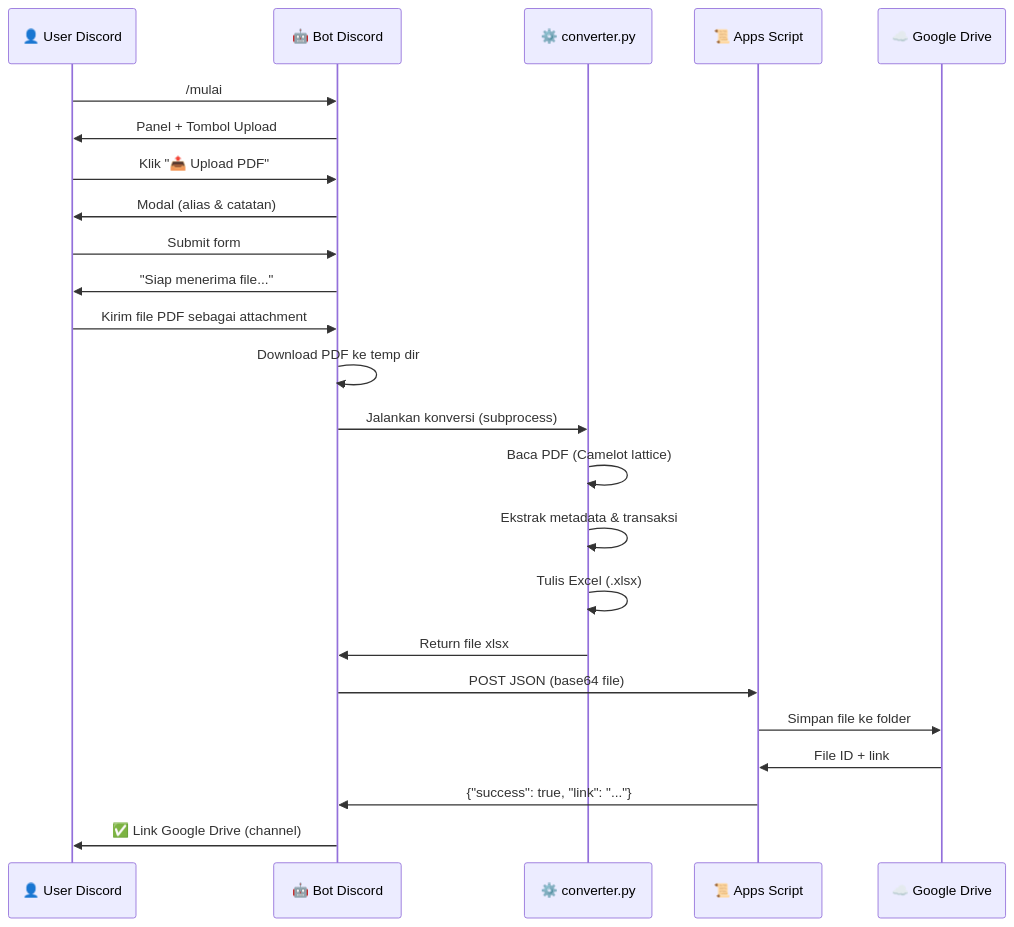
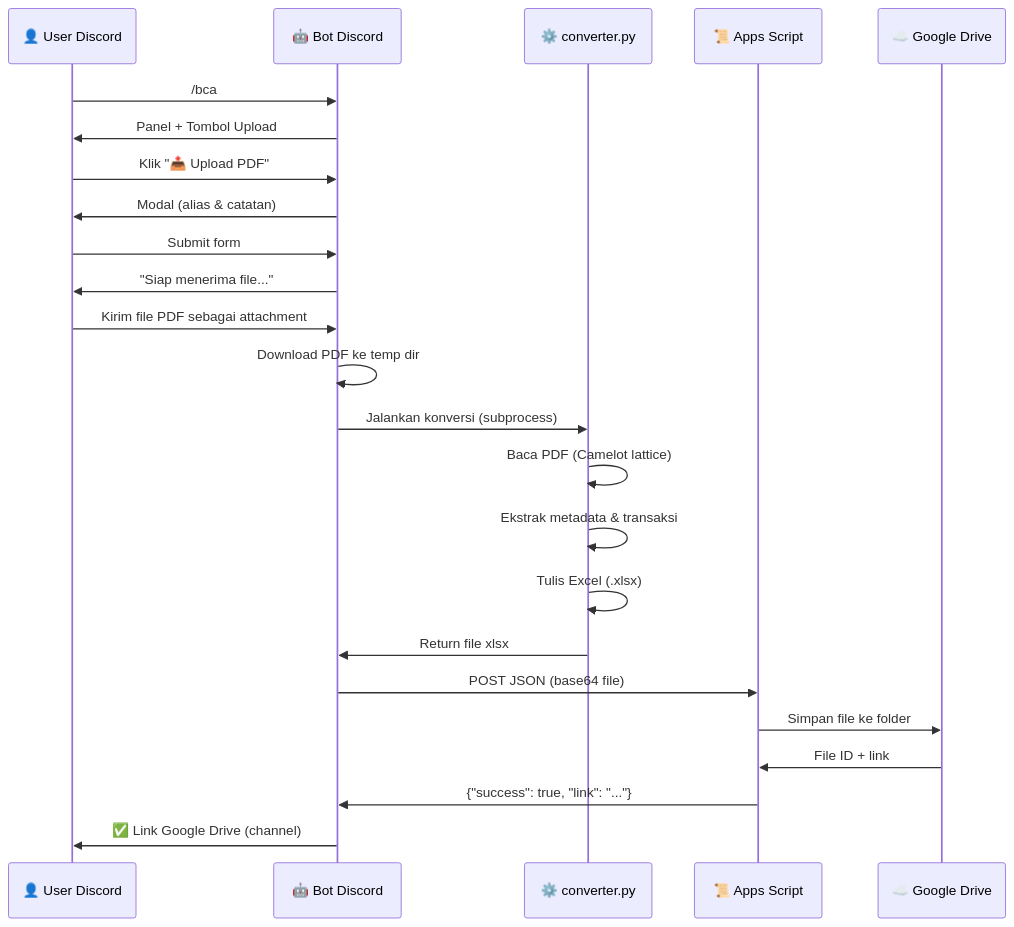
One commit to SuperfoodTech/UltraJurnal-bot changed the diagram in README.md. Above: the diagram before and after it, drawn with Mermaid. The commit also changed other lines of this file and 1 other file, not shown here.

Commit message:
feat: ubah slash command discord dari /mulai ke /bca

````diff
--- a/README.md
+++ b/README.md
@@ -283,27 +283,27 @@
 ```mermaid
 sequenceDiagram
     participant U as 👤 User Discord
     participant B as 🤖 Bot Discord
     participant C as ⚙️ converter.py
     participant G as 📜 Apps Script
     participant D as ☁️ Google Drive
 
-    U->>B: /mulai
+    U->>B: /bca
     B->>U: Panel + Tombol Upload
     U->>B: Klik "📤 Upload PDF"
     B->>U: Modal (alias & catatan)
     U->>B: Submit form
     B->>U: "Siap menerima file..."
     U->>B: Kirim file PDF sebagai attachment
     B->>B: Download PDF ke temp dir
     B->>C: Jalankan konversi (subprocess)
     C->>C: Baca PDF (Camelot lattice)
     C->>C: Ekstrak metadata & transaksi
     C->>C: Tulis Excel (.xlsx)
     C->>B: Return file xlsx
     B->>G: POST JSON (base64 file)
     G->>D: Simpan file ke folder
     D->>G: File ID + link
     G->>B: {"success": true, "link": "..."}
     B->>U: ✅ Link Google Drive (channel)
 ```
````
